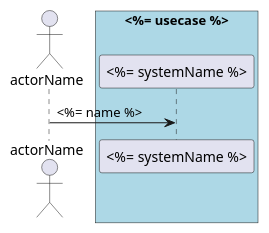
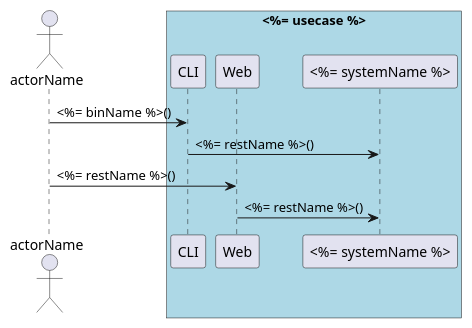
One commit to madajaju/bouquet changed the diagram in bouquet-Scenario/templates/ScenarioName.puml. Above: the diagram before and after it, drawn with PlantUML. The commit also changed 36 other files, not shown here.

```diff
--- a/bouquet-Scenario/templates/ScenarioName.puml
+++ b/bouquet-Scenario/templates/ScenarioName.puml
@@ -1,9 +1,14 @@
 @startuml
 Actor "actorName" as A
 
 box "<%= usecase %>" #lightblue
+participant CLI as CLI
+participant Web as Web
 participant "<%= systemName %>" as S
-A -> S : <%= name %>
+A -> CLI : <%= binName %>()
+CLI -> S : <%= restName %>()
+A -> Web : <%= restName %>()
+Web -> S : <%= restName %>()
 end box
 
 @enduml
```
